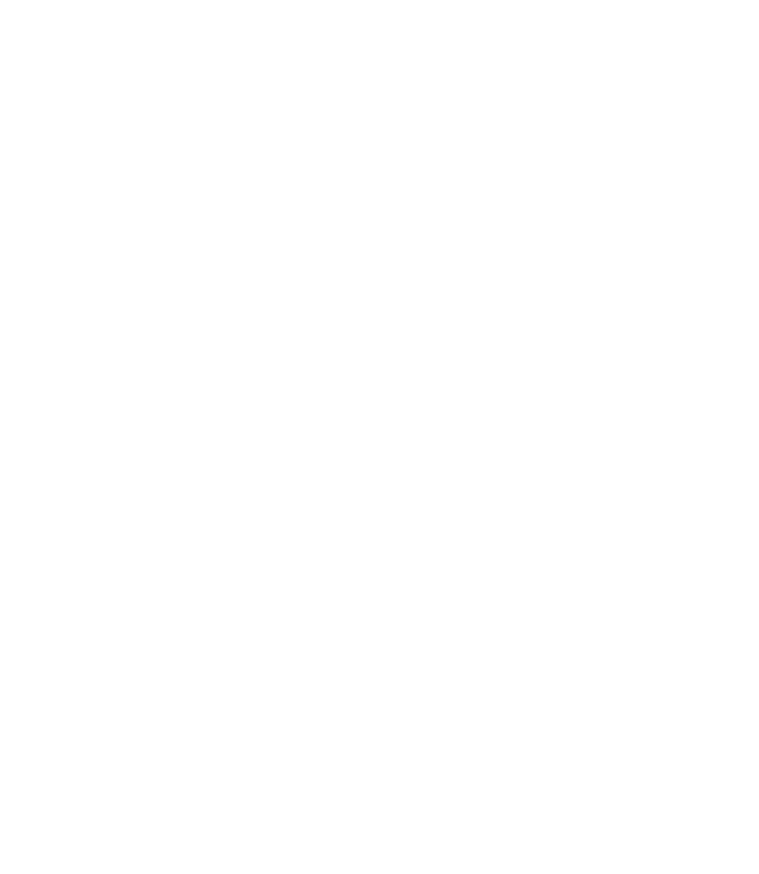
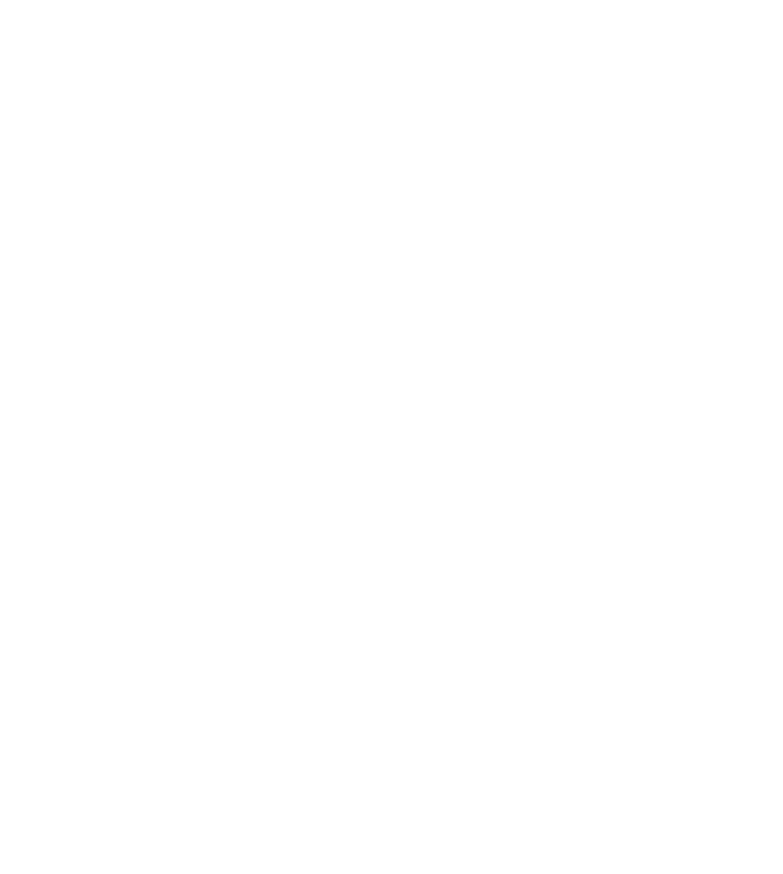
The diagram in docs/framework_protocol.md (Qr1mln/PlusPlugin), drawn with Mermaid before and after one commit. The commit also changed other lines of this file and 5 other files, not shown here.

Commit message:
refactor: 协议改名 NotifyPlatform/NotifyGhost，base 层改 ghost

````diff
--- a/docs/framework_protocol.md
+++ b/docs/framework_protocol.md
@@ -76,18 +76,18 @@
 ```mermaid
 %%{init: {'look':'handDrawn','theme':'base','themeVariables':{'background':'transparent','lineColor':'#ffffff','textColor':'#ffffff','primaryTextColor':'#ffffff','signalColor':'#ffffff','signalTextColor':'#ffffff','actorTextColor':'#ffffff','actorLineColor':'#ffffff','actorBkg':'transparent','actorBorder':'#ffffff','labelBoxBkgColor':'transparent','labelBoxBorderColor':'#ffffff','labelTextColor':'#ffffff','noteBkgColor':'transparent','noteBorderColor':'#ffffff','noteTextColor':'#ffffff'}}}%%
 sequenceDiagram
-    participant V as version.dll (base)
+    participant V as version.dll (ghost)
     participant F as framework.dll (platform)
 
-    V->>F: LoadLibrary + GetProcAddress("PutPlatform")
-    V->>F: PutPlatform({cmd:"init", dispatch, ctx, ini})
+    V->>F: LoadLibrary + GetProcAddress("NotifyPlatform")
+    V->>F: NotifyPlatform({cmd:"init", dispatch, ctx, ini})
     F-->>V: {ok:true, proto:1}
     Note over F: 启动 worker / WebSocket 线程
-    V->>F: PutPlatform({cmd:"geometry"})
+    V->>F: NotifyPlatform({cmd:"geometry"})
     F-->>V: {ok:true, ...}
-    F->>V: baseRequest({cmd:"publishLog", text})
+    F->>V: NotifyGhost({cmd:"publishLog", text})
     V-->>F: {ok:true}
-    V->>F: PutPlatform({cmd:"shutdown"})
+    V->>F: NotifyPlatform({cmd:"shutdown"})
     F-->>V: {ok:true}
     V->>F: FreeLibrary
 ```
````
